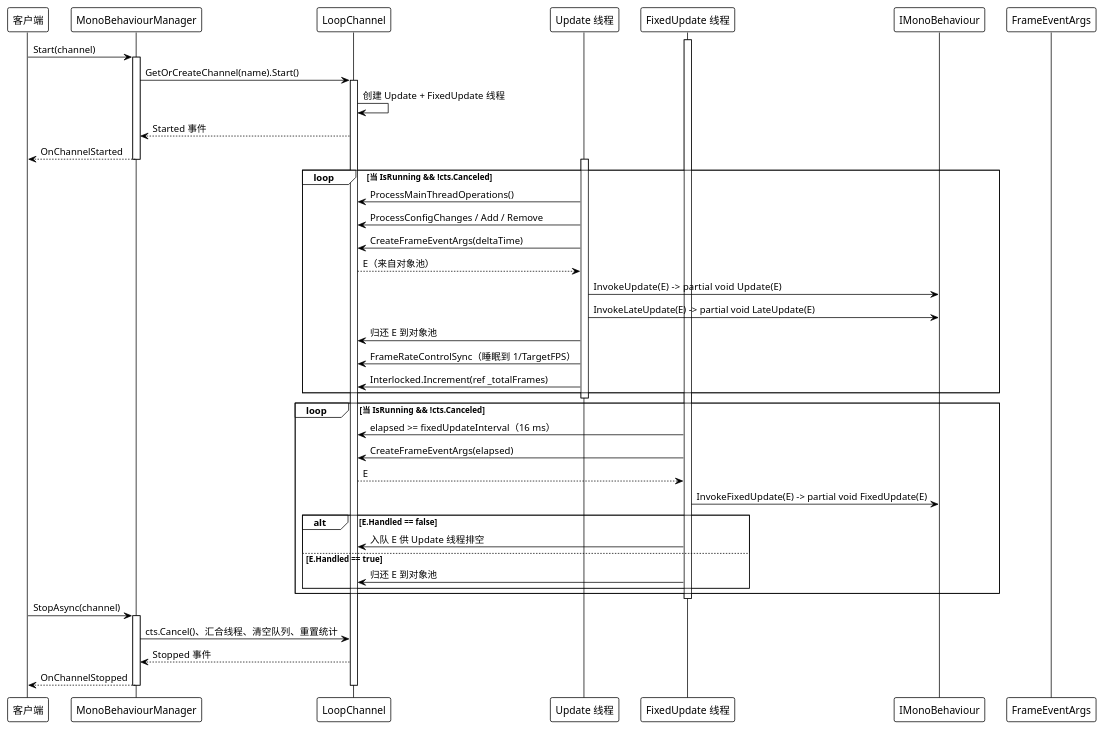
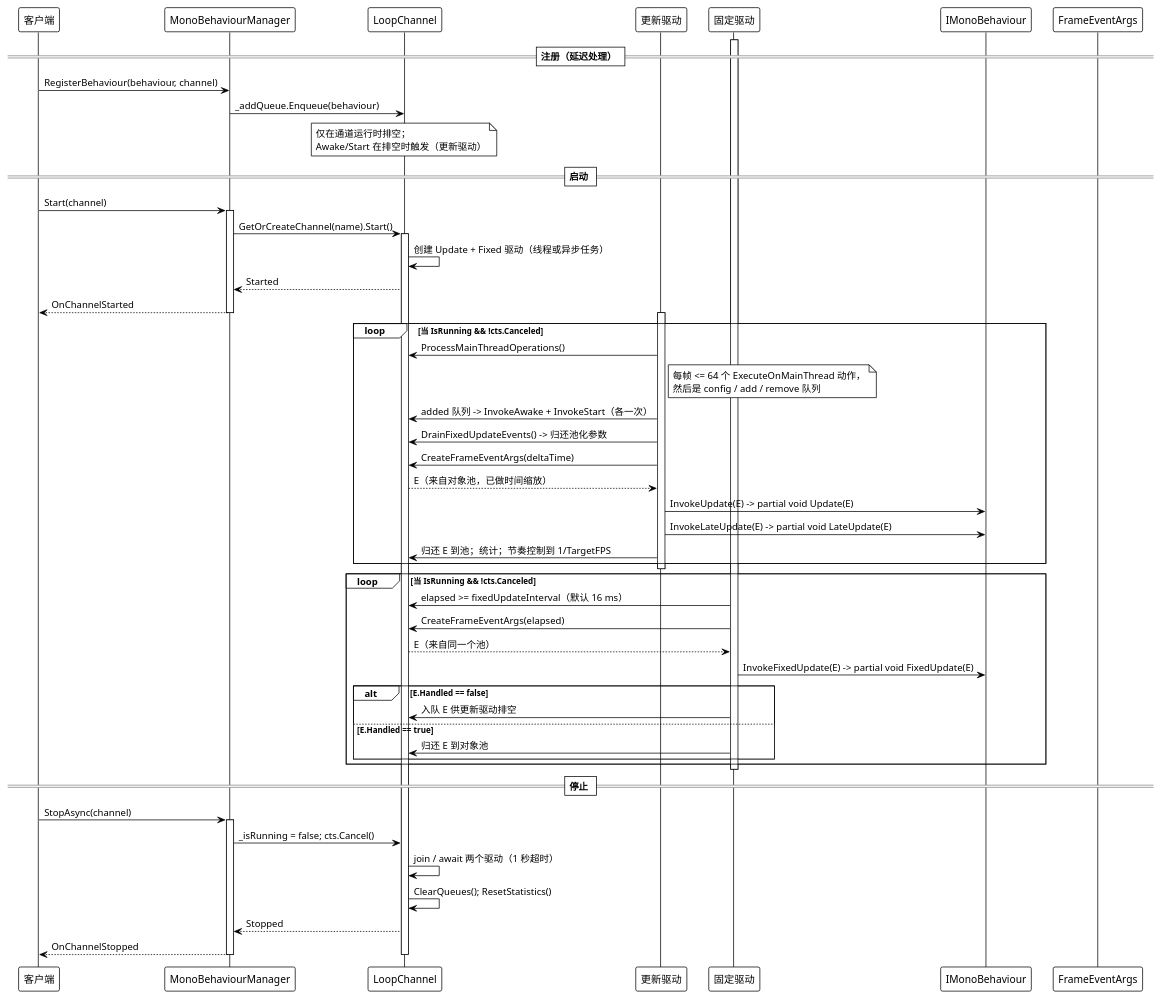
Before and after one commit to Axvser/VeloxDev.Docs: the first of 6 diagrams in src/CloudGlyph/Assets/Docs/content/zh/3_SE分析/03_数据流分析/06_MonoBehaviour/index.md, drawn with PlantUML. The commit also changed other lines of this file and 443 other files, not shown here.

````diff
--- a/src/CloudGlyph/Assets/Docs/content/zh/3_SE分析/03_数据流分析/06_MonoBehaviour/index.md
+++ b/src/CloudGlyph/Assets/Docs/content/zh/3_SE分析/03_数据流分析/06_MonoBehaviour/index.md
@@ -7,58 +7,67 @@
 ```plantuml
 @startuml
 !theme plain
 
 participant "客户端" as C
 participant "MonoBehaviourManager" as M
 participant "LoopChannel" as L
-participant "Update 线程" as U
-participant "FixedUpdate 线程" as F
+participant "更新驱动" as U
+participant "固定驱动" as F
 participant "IMonoBehaviour" as B
 participant "FrameEventArgs" as E
 
+== 注册（延迟处理） ==
+C -> M: RegisterBehaviour(behaviour, channel)
+M -> L: _addQueue.Enqueue(behaviour)
+note over L: 仅在通道运行时排空；\nAwake/Start 在排空时触发（更新驱动）
+
+== 启动 ==
 C -> M: Start(channel)
 activate M
 M -> L: GetOrCreateChannel(name).Start()
 activate L
-L -> L: 创建 Update + FixedUpdate 线程
-L --> M: Started 事件
+L -> L: 创建 Update + Fixed 驱动（线程或异步任务）
+L --> M: Started
 M --> C: OnChannelStarted
 deactivate M
 
 activate U
 loop 当 IsRunning && !cts.Canceled
     U -> L: ProcessMainThreadOperations()
-    U -> L: ProcessConfigChanges / Add / Remove
+    note right of U: 每帧 <= 64 个 ExecuteOnMainThread 动作，\n然后是 config / add / remove 队列
+    U -> L: added 队列 -> InvokeAwake + InvokeStart（各一次）
+    U -> L: DrainFixedUpdateEvents() -> 归还池化参数
     U -> L: CreateFrameEventArgs(deltaTime)
-    L --> U: E（来自对象池）
-    U -> B: InvokeUpdate(E)  ->  partial void Update(E)
+    L --> U: E（来自对象池，已做时间缩放）
+    U -> B: InvokeUpdate(E) -> partial void Update(E)
     U -> B: InvokeLateUpdate(E) -> partial void LateUpdate(E)
-    U -> L: 归还 E 到对象池
-    U -> L: FrameRateControlSync（睡眠到 1/TargetFPS）
-    U -> L: Interlocked.Increment(ref _totalFrames)
+    U -> L: 归还 E 到池；统计；节奏控制到 1/TargetFPS
 end
 deactivate U
 
 activate F
 loop 当 IsRunning && !cts.Canceled
-    F -> L: elapsed >= fixedUpdateInterval（16 ms）
+    F -> L: elapsed >= fixedUpdateInterval（默认 16 ms）
     F -> L: CreateFrameEventArgs(elapsed)
-    L --> F: E
+    L --> F: E（来自同一个池）
     F -> B: InvokeFixedUpdate(E) -> partial void FixedUpdate(E)
     alt E.Handled == false
-        F -> L: 入队 E 供 Update 线程排空
+        F -> L: 入队 E 供更新驱动排空
     else E.Handled == true
         F -> L: 归还 E 到对象池
     end
 end
 deactivate F
 
+== 停止 ==
 C -> M: StopAsync(channel)
 activate M
-M -> L: cts.Cancel()、汇合线程、清空队列、重置统计
-L --> M: Stopped 事件
+M -> L: _isRunning = false; cts.Cancel()
+L -> L: join / await 两个驱动（1 秒超时）
+L -> L: ClearQueues(); ResetStatistics()
+L --> M: Stopped
 M --> C: OnChannelStopped
 deactivate M
 deactivate L
 @enduml
 ```
````
